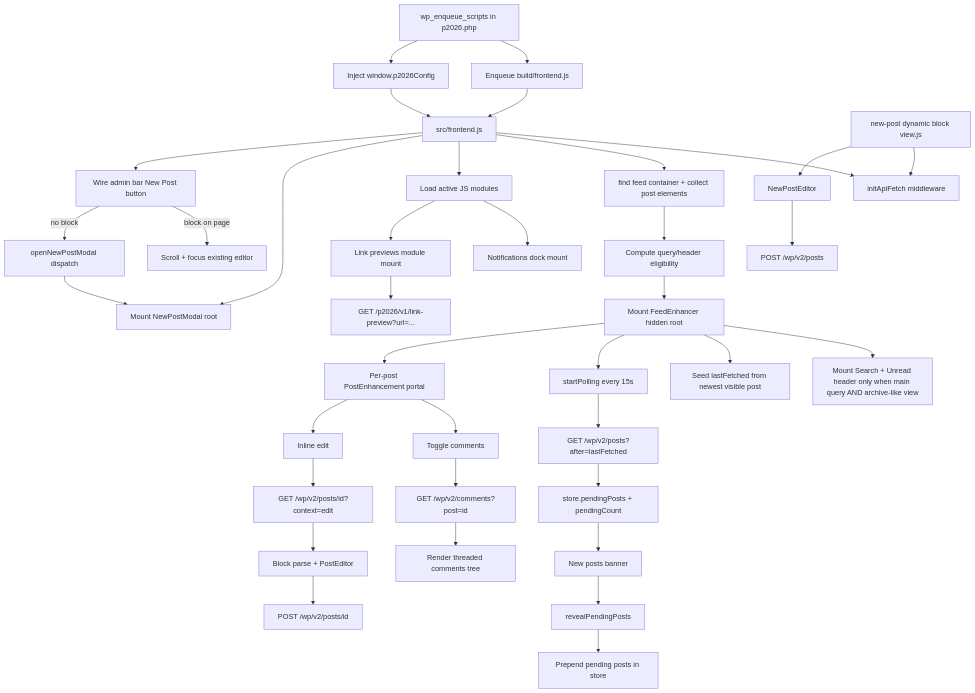
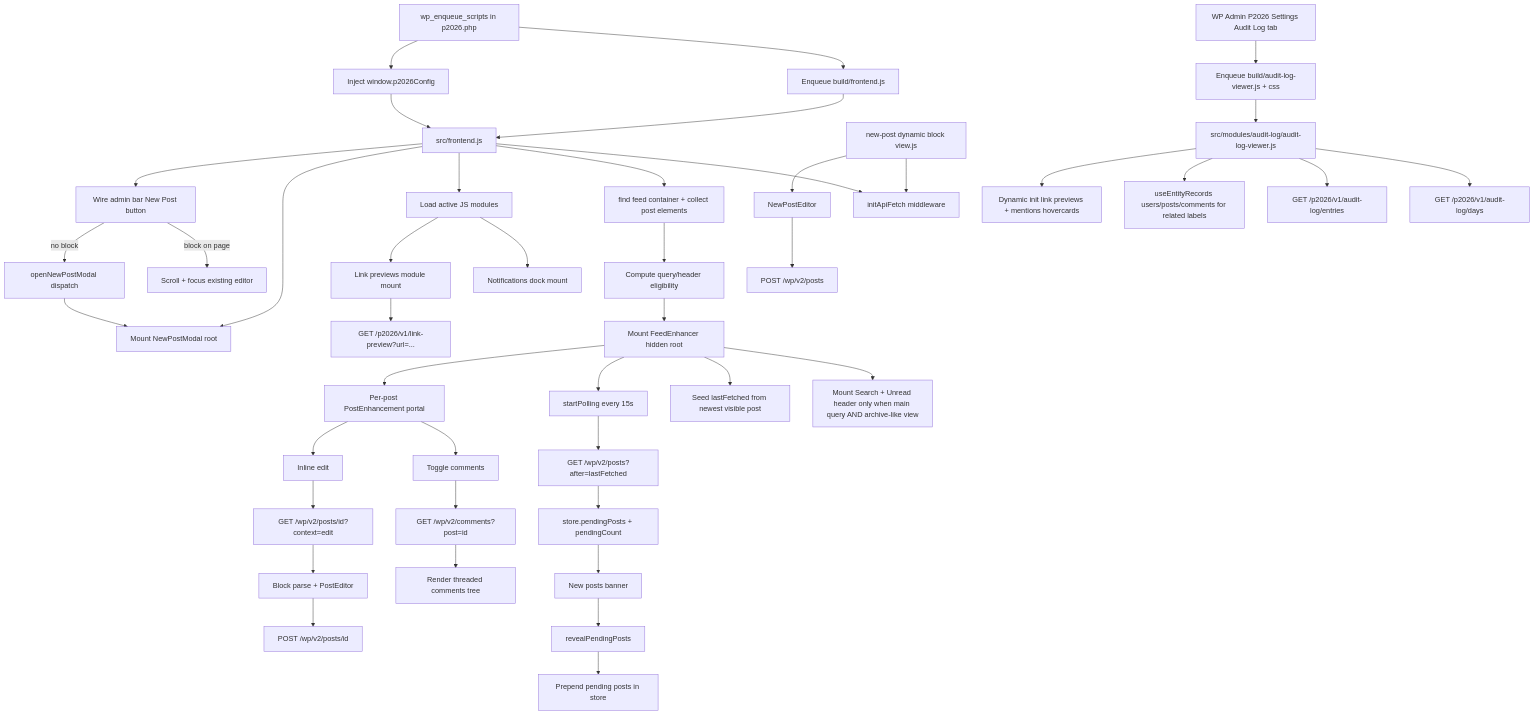
The diagram in ARCHITECTURE.md (georgestephanis/p2-next), drawn with Mermaid before and after one commit. The commit also changed other lines of this file and 4 other files, not shown here.

First line of the commit message:
Add admin audit-log viewer and docs

````diff
--- a/ARCHITECTURE.md
+++ b/ARCHITECTURE.md
@@ -17,46 +17,53 @@
 ```mermaid
 flowchart TD
     A[wp_enqueue_scripts in p2026.php] --> B[Enqueue build/frontend.js]
     A --> C[Inject window.p2026Config]
 
     B --> D[src/frontend.js]
     C --> D
 
     D --> E[initApiFetch middleware]
     D --> F[find feed container + collect post elements]
     D --> AF[Load active JS modules]
     AF --> AG[Notifications dock mount]
     AF --> AL[Link previews module mount]
     AL --> AM[GET /p2026/v1/link-preview?url=...]
     D --> AB[Mount NewPostModal root]
     D --> AC[Wire admin bar New Post button]
     AC -->|block on page| AD[Scroll + focus existing editor]
     AC -->|no block| AE[openNewPostModal dispatch]
     AE --> AB
     F --> AH[Compute query/header eligibility]
     AH --> G[Mount FeedEnhancer hidden root]
 
     G --> AI[Mount Search + Unread header only when main query AND archive-like view]
     G --> H[Seed lastFetched from newest visible post]
     G --> I[startPolling every 15s]
 
     I --> J[GET /wp/v2/posts?after=lastFetched]
     J --> K[store.pendingPosts + pendingCount]
     K --> L[New posts banner]
     L --> M[revealPendingPosts]
     M --> N[Prepend pending posts in store]
 
     G --> O[Per-post PostEnhancement portal]
     O --> P[Toggle comments]
     P --> Q[GET /wp/v2/comments?post=id]
     Q --> R[Render threaded comments tree]
 
     O --> S[Inline edit]
     S --> T[GET /wp/v2/posts/id?context=edit]
     T --> U[Block parse + PostEditor]
     U --> V[POST /wp/v2/posts/id]
 
     W[new-post dynamic block view.js] --> E
     W --> X[NewPostEditor]
     X --> Y[POST /wp/v2/posts]
+
+    AN[WP Admin P2026 Settings Audit Log tab] --> AO[Enqueue build/audit-log-viewer.js + css]
+    AO --> AP[src/modules/audit-log/audit-log-viewer.js]
+    AP --> AQ[GET /p2026/v1/audit-log/days]
+    AP --> AR[GET /p2026/v1/audit-log/entries]
+    AP --> AS[useEntityRecords users/posts/comments for related labels]
+    AP --> AT[Dynamic init link previews + mentions hovercards]
 ```
````
